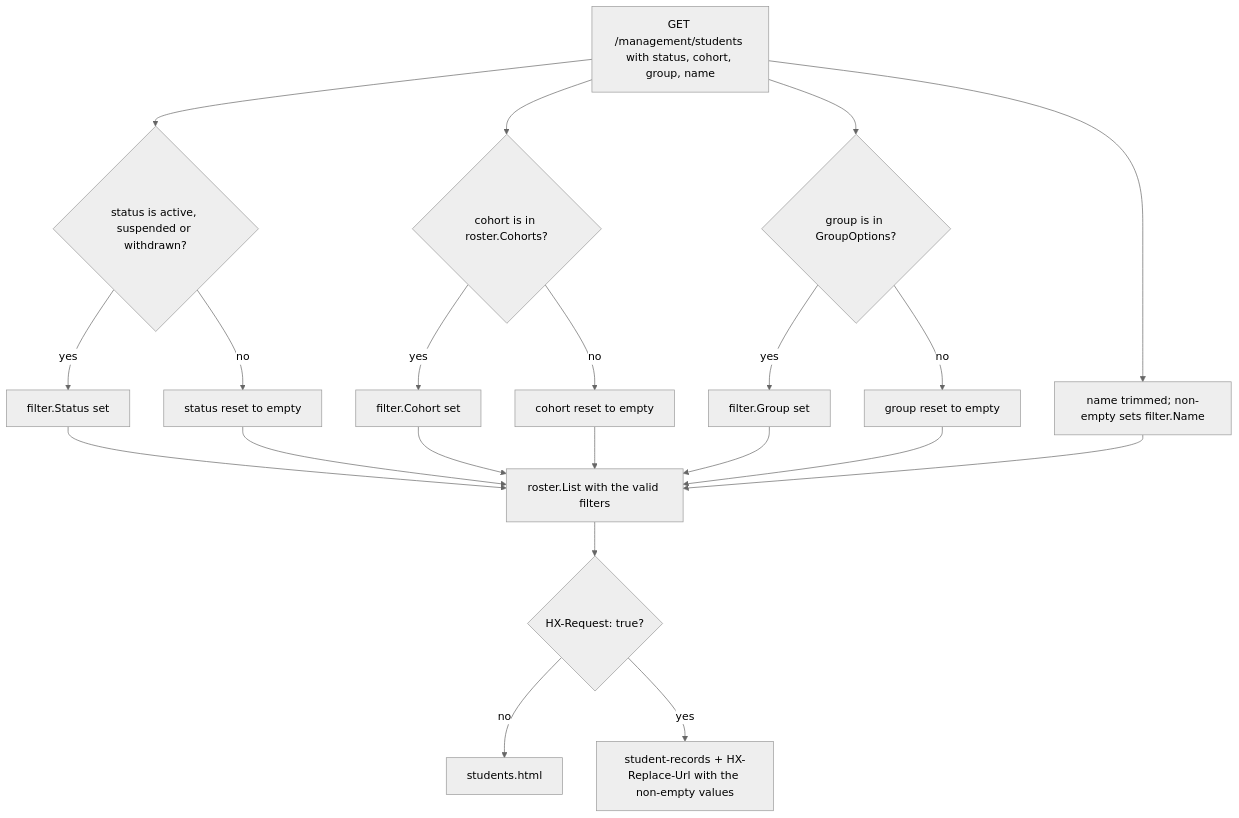
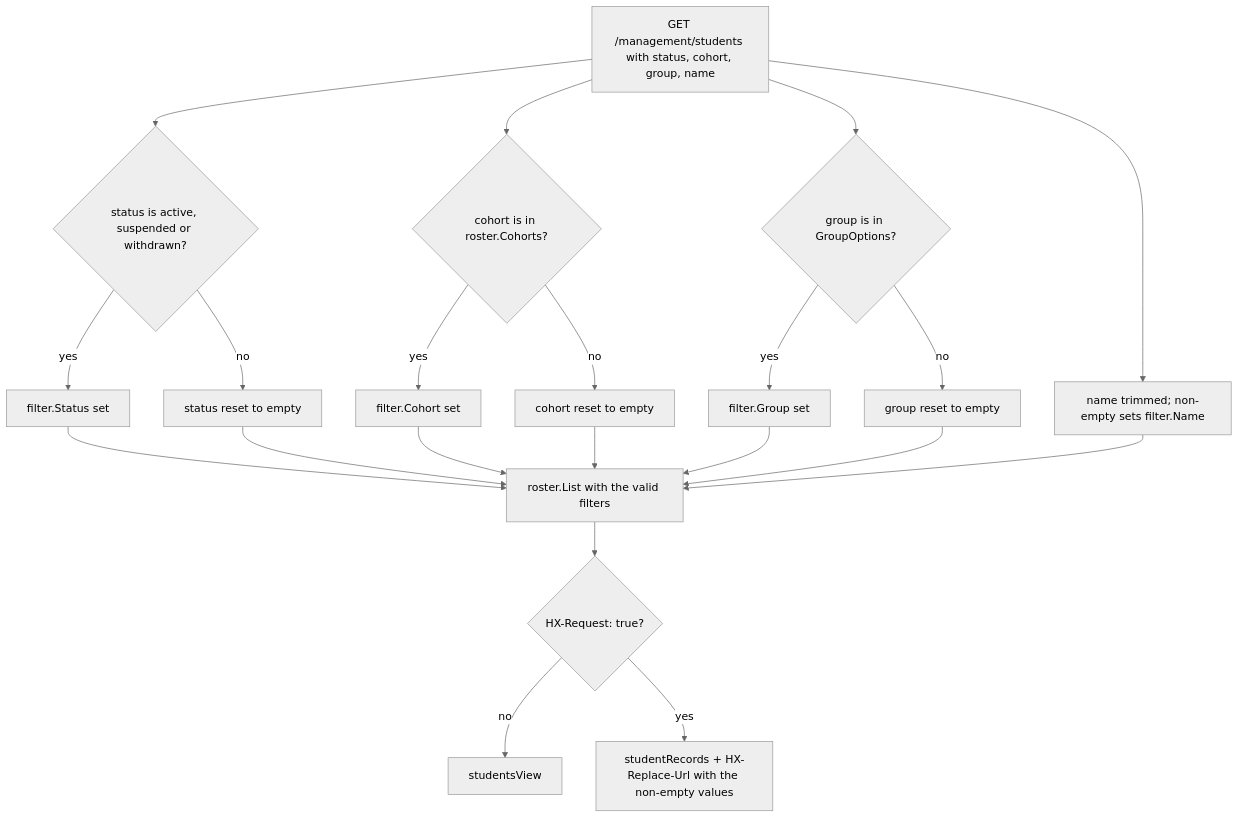
One commit to devGabriel131/ProjectHermes changed the first of 3 diagrams in docs/management/students.md. Above: the diagram before and after it, drawn with Mermaid (neutral theme). The commit also changed other lines of this file and 14 other files, not shown here.

````diff
--- a/docs/management/students.md
+++ b/docs/management/students.md
@@ -13,23 +13,23 @@
 ```mermaid
 flowchart TD
     Query["GET /management/students with status, cohort, group, name"] --> Status{"status is active, suspended or withdrawn?"}
     Status -->|"yes"| SetStatus["filter.Status set"]
     Status -->|"no"| ClearStatus["status reset to empty"]
     Query --> Cohort{"cohort is in roster.Cohorts?"}
     Cohort -->|"yes"| SetCohort["filter.Cohort set"]
     Cohort -->|"no"| ClearCohort["cohort reset to empty"]
     Query --> Group{"group is in GroupOptions?"}
     Group -->|"yes"| SetGroup["filter.Group set"]
     Group -->|"no"| ClearGroup["group reset to empty"]
     Query --> Name["name trimmed; non-empty sets filter.Name"]
     SetStatus --> List["roster.List with the valid filters"]
     ClearStatus --> List
     SetCohort --> List
     ClearCohort --> List
     SetGroup --> List
     ClearGroup --> List
     Name --> List
     List --> Htmx{"HX-Request: true?"}
-    Htmx -->|"no"| Full["students.html"]
-    Htmx -->|"yes"| Rows["student-records + HX-Replace-Url with the non-empty values"]
+    Htmx -->|"no"| Full["studentsView"]
+    Htmx -->|"yes"| Rows["studentRecords + HX-Replace-Url with the non-empty values"]
 ```
````
